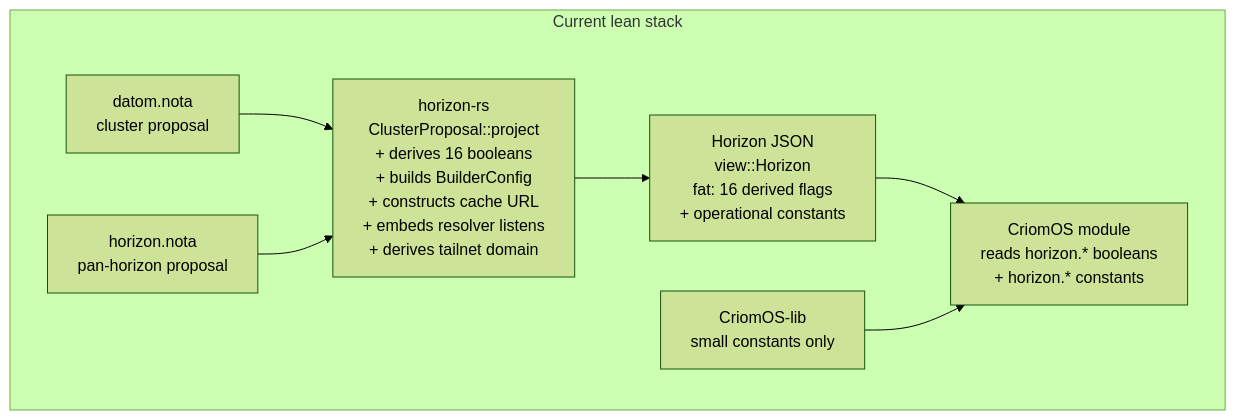
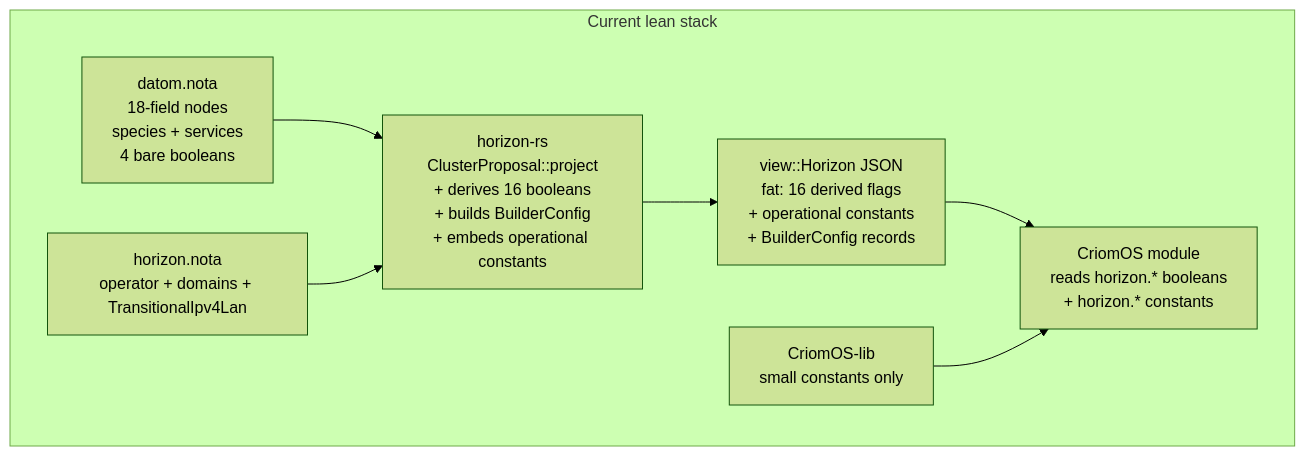
The first of 2 diagrams in reports/system-assistant/29-lean-horizon-cluster-data-shape.md (LiGoldragon/primary), drawn with Mermaid (forest theme) before and after one commit. The commit also changed other lines of this file and 2 other files, not shown here.

Commit message:
system-assistant report: rewrite /29 around role merge (species + services + 4 booleans + router_interfaces collapse into one Vec<Role> field)

````diff
--- a/reports/system-assistant/29-lean-horizon-cluster-data-shape.md
+++ b/reports/system-assistant/29-lean-horizon-cluster-data-shape.md
@@ -628,16 +573,16 @@
 ```mermaid
 flowchart TB
     subgraph current [Current lean stack]
-        c1[datom.nota<br/>cluster proposal]
-        c2[horizon.nota<br/>pan-horizon proposal]
-        c3[horizon-rs<br/>ClusterProposal::project<br/>+ derives 16 booleans<br/>+ builds BuilderConfig<br/>+ constructs cache URL<br/>+ embeds resolver listens<br/>+ derives tailnet domain]
-        c4[Horizon JSON<br/>view::Horizon<br/>fat: 16 derived flags<br/>+ operational constants]
+        c1[datom.nota<br/>18-field nodes<br/>species + services<br/>4 bare booleans]
+        c2[horizon.nota<br/>operator + domains + TransitionalIpv4Lan]
+        c3[horizon-rs<br/>ClusterProposal::project<br/>+ derives 16 booleans<br/>+ builds BuilderConfig<br/>+ embeds operational constants]
+        c4[view::Horizon JSON<br/>fat: 16 derived flags<br/>+ operational constants<br/>+ BuilderConfig records]
         c5[CriomOS-lib<br/>small constants only]
         c6[CriomOS module<br/>reads horizon.* booleans<br/>+ horizon.* constants]
         c1 --> c3
         c2 --> c3
         c3 --> c4
         c4 --> c6
         c5 --> c6
     end
 ```
````
